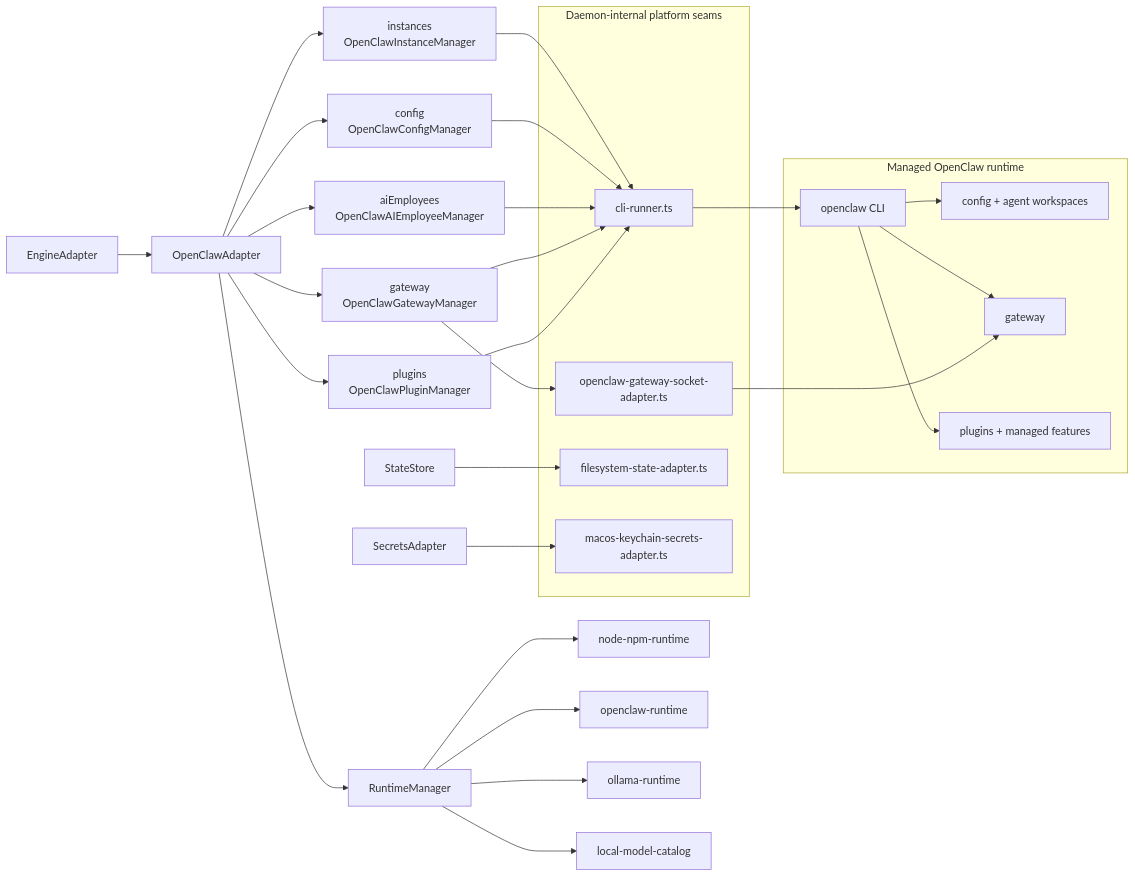
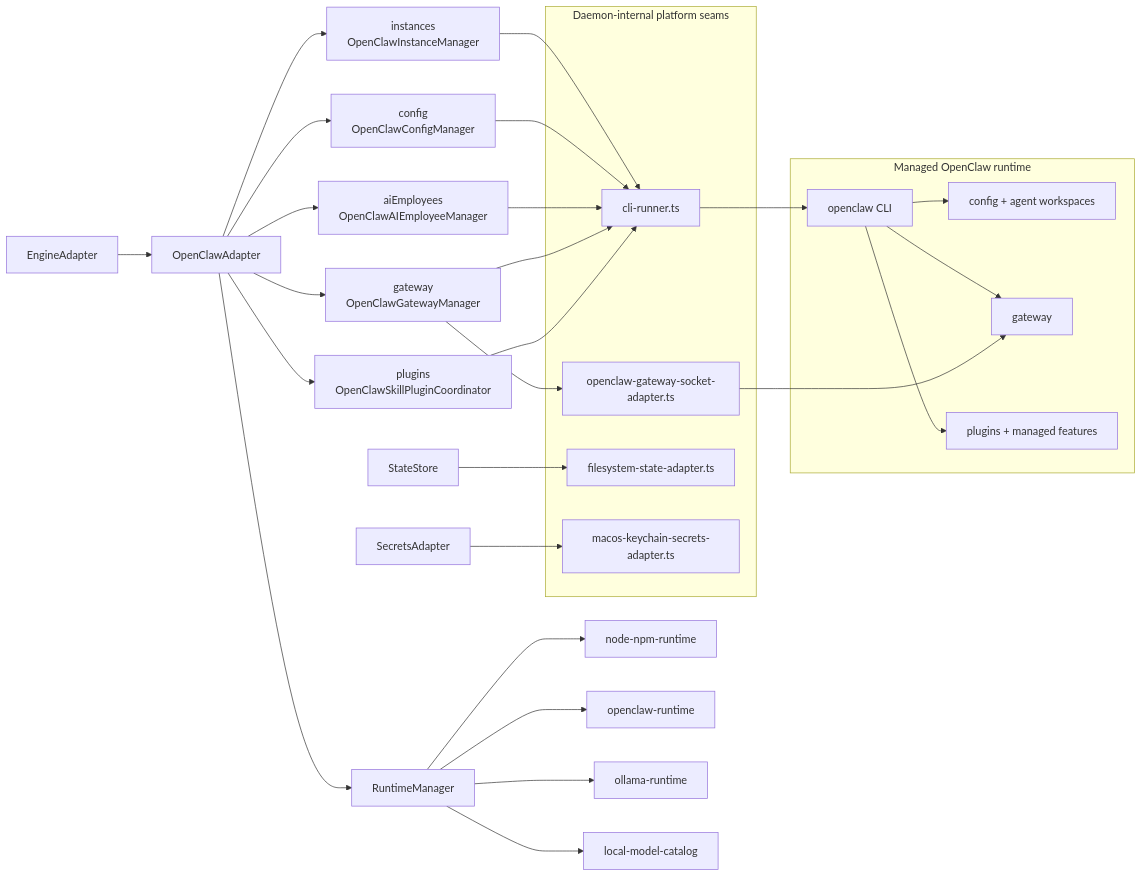
The second of 2 diagrams in docs/reference/backend-daemon-map.md (Jian130/slackclaw), drawn with Mermaid before and after one commit. The commit also changed other lines of this file and 55 other files, not shown here.

````diff
--- a/docs/reference/backend-daemon-map.md
+++ b/docs/reference/backend-daemon-map.md
@@ -127,45 +122,45 @@
 ```mermaid
 flowchart LR
   RuntimeManager["RuntimeManager"] --> Node["node-npm-runtime"]
   RuntimeManager --> OpenClawRuntime["openclaw-runtime"]
   RuntimeManager --> Ollama["ollama-runtime"]
   RuntimeManager --> Catalog["local-model-catalog"]
 
   Adapter["EngineAdapter"] --> OpenClaw["OpenClawAdapter"]
   OpenClaw --> RuntimeManager
   OpenClaw --> Inst["instances<br/>OpenClawInstanceManager"]
   OpenClaw --> Conf["config<br/>OpenClawConfigManager"]
   OpenClaw --> AI["aiEmployees<br/>OpenClawAIEmployeeManager"]
   OpenClaw --> Gate["gateway<br/>OpenClawGatewayManager"]
-  OpenClaw --> Plug["plugins<br/>OpenClawPluginManager"]
+  OpenClaw --> Plug["plugins<br/>OpenClawSkillPluginCoordinator"]
 
   subgraph Platform["Daemon-internal platform seams"]
     CLI["cli-runner.ts"]
     Socket["openclaw-gateway-socket-adapter.ts"]
     FS["filesystem-state-adapter.ts"]
     Keychain["macos-keychain-secrets-adapter.ts"]
   end
 
   State["StateStore"] --> FS
   SecretStore["SecretsAdapter"] --> Keychain
 
   Inst --> CLI
   Conf --> CLI
   AI --> CLI
   Gate --> CLI
   Gate --> Socket
   Plug --> CLI
 
   subgraph Runtime["Managed OpenClaw runtime"]
     OCLI["openclaw CLI"]
     OConfig["config + agent workspaces"]
     OGateway["gateway"]
     OPlugins["plugins + managed features"]
   end
 
   CLI --> OCLI
   OCLI --> OConfig
   OCLI --> OGateway
   OCLI --> OPlugins
   Socket --> OGateway
 ```
````
